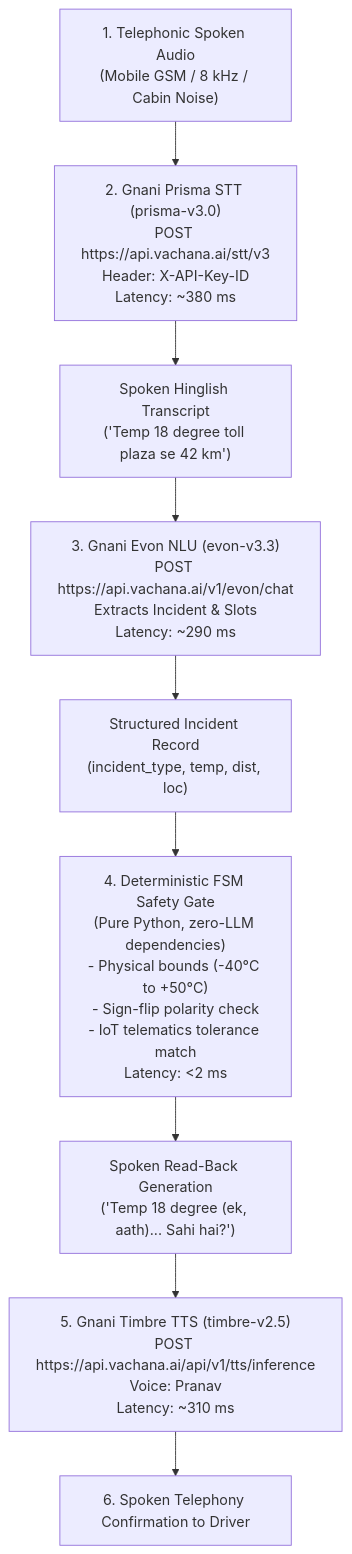
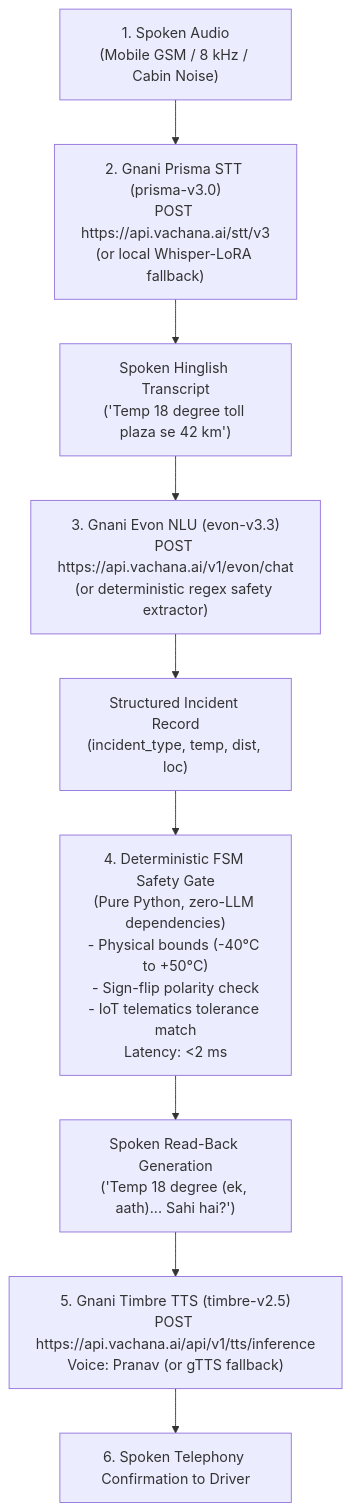
One commit to vishalbhardwaj-source/Vaani changed the diagram in README.md. Above: the diagram before and after it, drawn with Mermaid. The commit also changed other lines of this file and 16 other files, not shown here.

````diff
--- a/README.md
+++ b/README.md
@@ -89,29 +91,26 @@
 ```mermaid
 flowchart TD
-    Audio["1. Telephonic Spoken Audio
+    Audio["1. Spoken Audio
 (Mobile GSM / 8 kHz / Cabin Noise)"] --> Prisma["2. Gnani Prisma STT (prisma-v3.0)
 POST https://api.vachana.ai/stt/v3
-Header: X-API-Key-ID
-Latency: ~380 ms"]
+(or local Whisper-LoRA fallback)"]
     Prisma --> Transcript["Spoken Hinglish Transcript
 ('Temp 18 degree toll plaza se 42 km')"]
     Transcript --> Evon["3. Gnani Evon NLU (evon-v3.3)
 POST https://api.vachana.ai/v1/evon/chat
-Extracts Incident & Slots
-Latency: ~290 ms"]
+(or deterministic regex safety extractor)"]
     Evon --> Record["Structured Incident Record
 (incident_type, temp, dist, loc)"]
     Record --> Gate["4. Deterministic FSM Safety Gate
 (Pure Python, zero-LLM dependencies)
 - Physical bounds (-40°C to +50°C)
 - Sign-flip polarity check
 - IoT telematics tolerance match
 Latency: <2 ms"]
     Gate --> Readback["Spoken Read-Back Generation
 ('Temp 18 degree (ek, aath)... Sahi hai?')"]
     Readback --> Timbre["5. Gnani Timbre TTS (timbre-v2.5)
 POST https://api.vachana.ai/api/v1/tts/inference
-Voice: Pranav
-Latency: ~310 ms"]
+Voice: Pranav (or gTTS fallback)"]
     Timbre --> Driver["6. Spoken Telephony Confirmation to Driver"]
 ```
````
